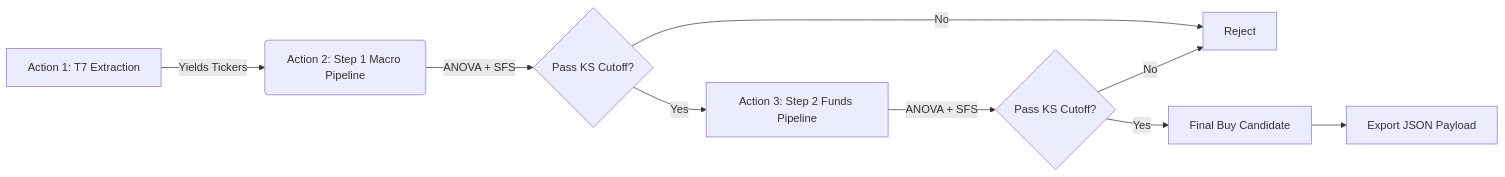
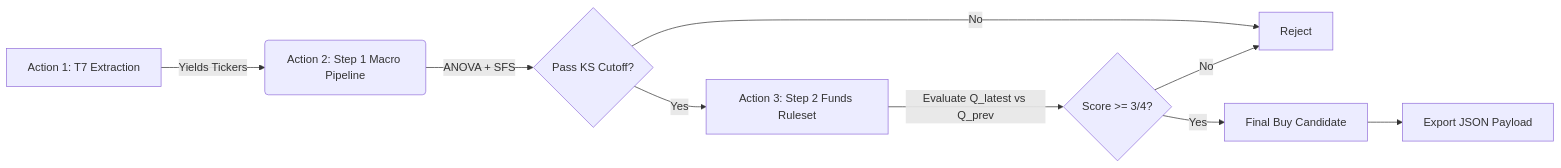
Before and after one commit to kleinnconrad/stock-predictor: the diagram in README.md, drawn with Mermaid. The commit also changed other lines of this file and 6 other files, not shown here.

````diff
--- a/README.md
+++ b/README.md
@@ -28,14 +33,14 @@
 ```mermaid
 graph LR
     A[Action 1: T7 Extraction] -->|Yields Tickers| B(Action 2: Step 1 Macro Pipeline)
     
     B -->|ANOVA + SFS| C{Pass KS Cutoff?}
     C -->|No| D[Reject]
-    C -->|Yes| E[Action 3: Step 2 Funds Pipeline]
+    C -->|Yes| E[Action 3: Step 2 Funds Ruleset]
     
-    E -->|ANOVA + SFS| F{Pass KS Cutoff?}
+    E -->|Evaluate Q_latest vs Q_prev| F{Score >= 3/4?}
     F -->|No| D
     F -->|Yes| G[Final Buy Candidate]
     
     G --> H[Export JSON Payload]
 ```
````
